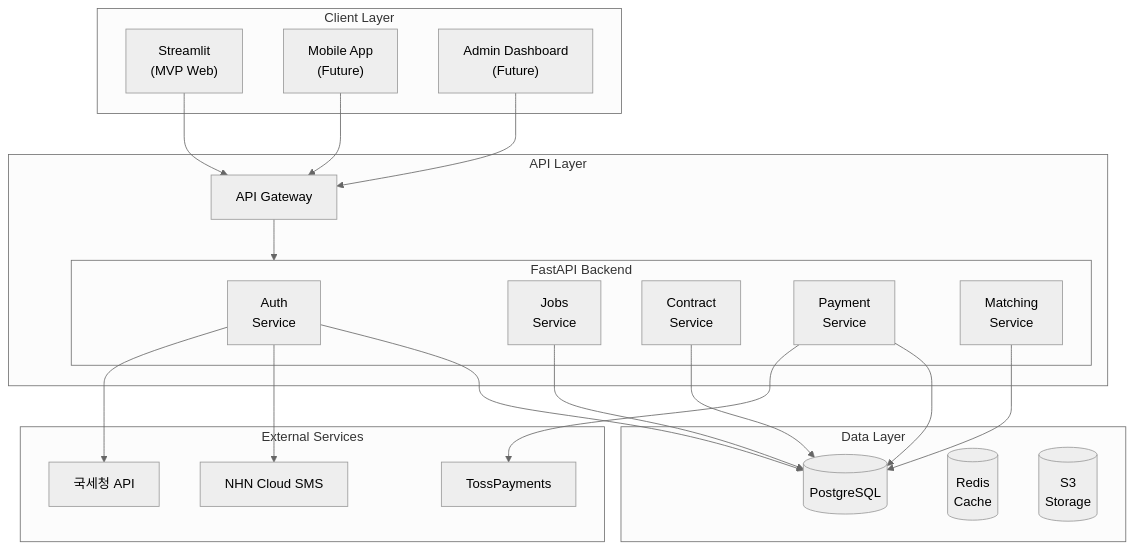
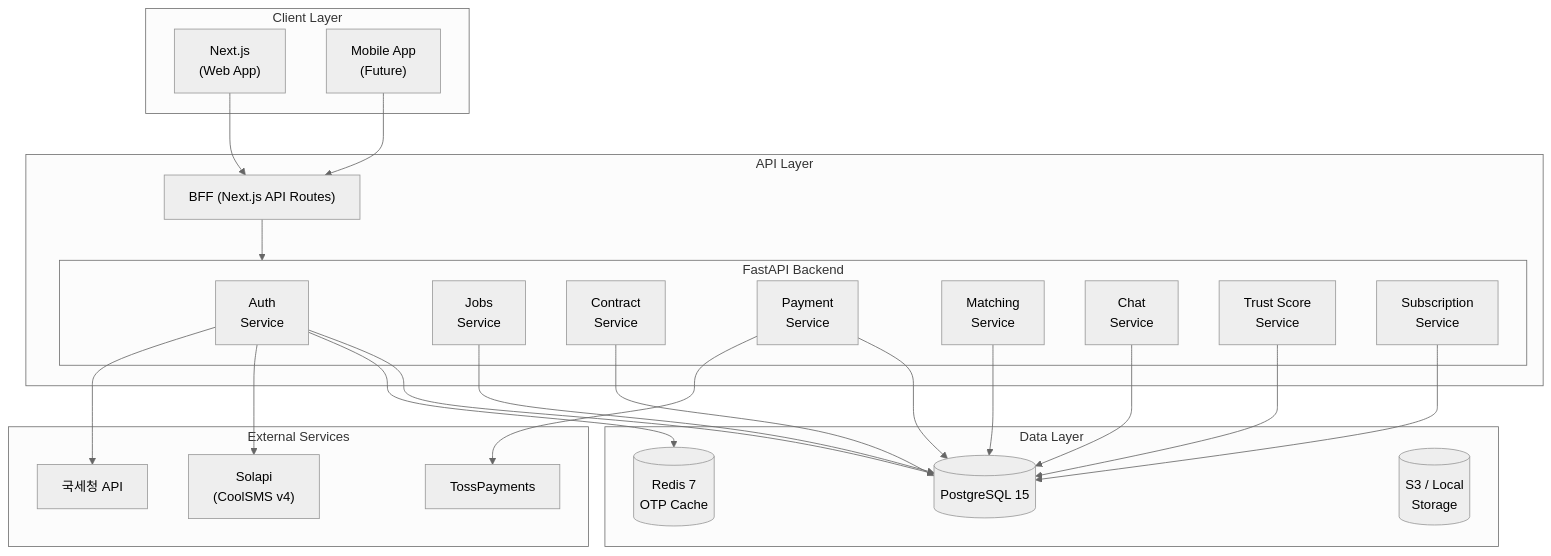
One commit to MaduJoe/PilaMatch changed the first of 8 diagrams in README.md. Above: the diagram before and after it, drawn with Mermaid (neutral theme). The commit also changed other lines of this file and 38 other files, not shown here.

````diff
--- a/README.md
+++ b/README.md
@@ -856,38 +1277,41 @@
 ```mermaid
 flowchart TB
     subgraph Client["Client Layer"]
-        Web["Streamlit<br/>(MVP Web)"]
+        Web["Next.js<br/>(Web App)"]
         Mobile["Mobile App<br/>(Future)"]
-        Admin["Admin Dashboard<br/>(Future)"]
     end
 
     subgraph API["API Layer"]
-        Gateway["API Gateway"]
+        BFF["BFF (Next.js API Routes)"]
         subgraph FastAPI["FastAPI Backend"]
             Auth["Auth<br/>Service"]
             Jobs["Jobs<br/>Service"]
             Contract["Contract<br/>Service"]
             Payment["Payment<br/>Service"]
             Matching["Matching<br/>Service"]
+            Chat["Chat<br/>Service"]
+            Trust["Trust Score<br/>Service"]
+            Sub["Subscription<br/>Service"]
         end
     end
 
     subgraph Data["Data Layer"]
-        PostgreSQL[(PostgreSQL)]
-        Redis[(Redis<br/>Cache)]
-        S3[(S3<br/>Storage)]
+        PostgreSQL[(PostgreSQL 15)]
+        Redis[(Redis 7<br/>OTP Cache)]
+        S3[(S3 / Local<br/>Storage)]
     end
 
     subgraph External["External Services"]
         Toss["TossPayments"]
-        SMS["NHN Cloud SMS"]
+        SMS["Solapi<br/>(CoolSMS v4)"]
         NTS["국세청 API"]
     end
 
-    Web & Mobile & Admin --> Gateway
-    Gateway --> FastAPI
-    Auth & Jobs & Contract & Payment & Matching --> PostgreSQL
+    Web & Mobile --> BFF
+    BFF --> FastAPI
+    Auth & Jobs & Contract & Payment & Matching & Chat & Trust & Sub --> PostgreSQL
+    Auth --> Redis
     Payment --> Toss
     Auth --> SMS
     Auth --> NTS
 ```
````
